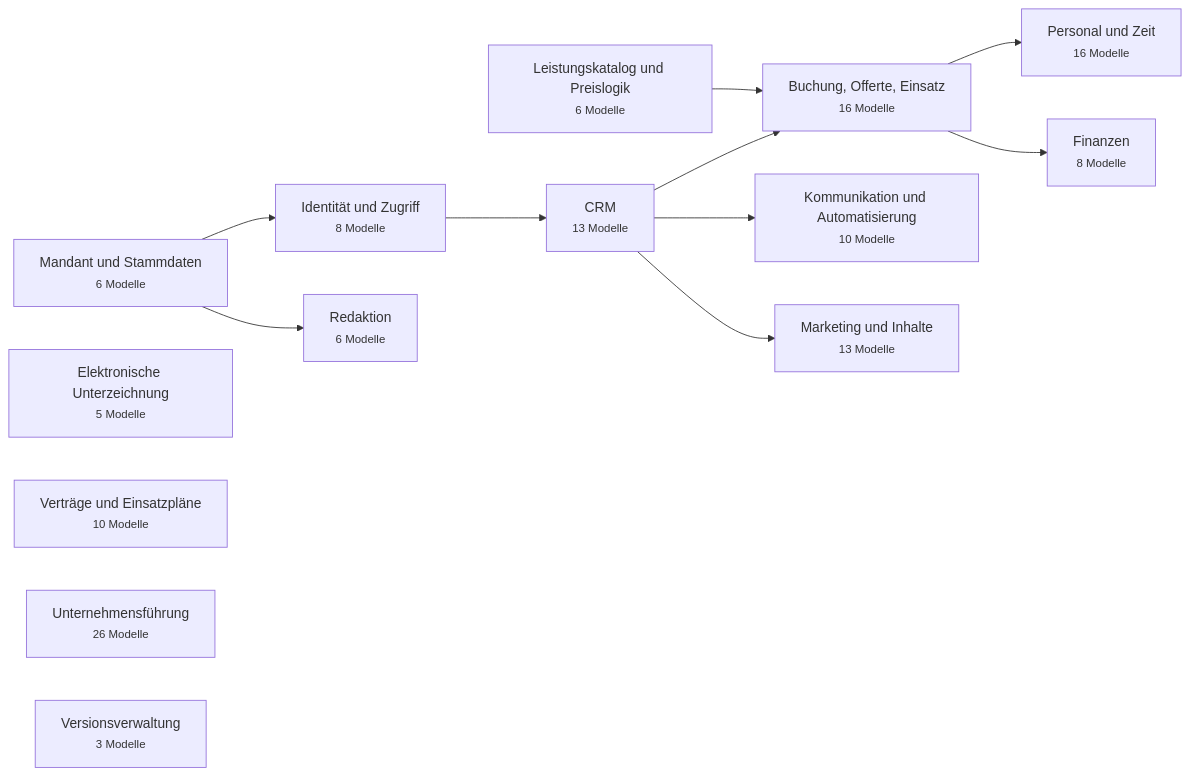
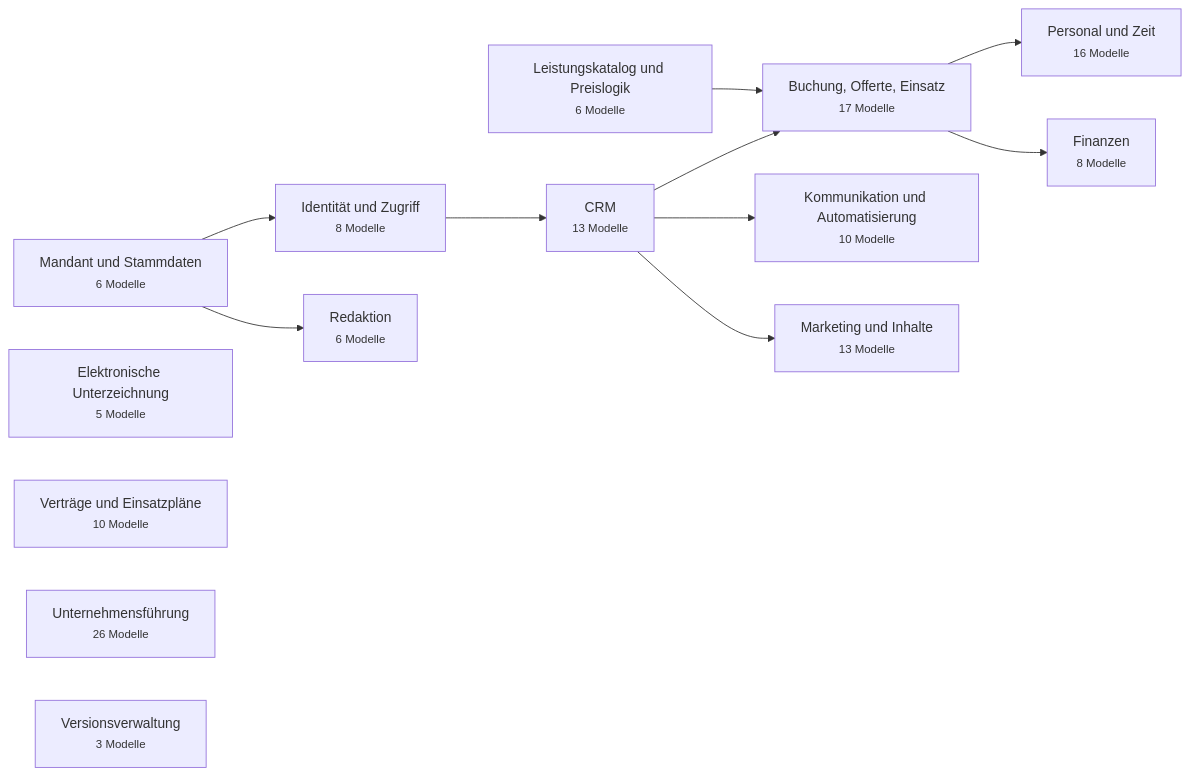
The first of 15 diagrams in docs/DATABASE.md (javadqasemi/Clenaris), drawn with Mermaid before and after one commit. The commit also changed other lines of this file and 19 other files, not shown here.

````diff
--- a/docs/DATABASE.md
+++ b/docs/DATABASE.md
@@ -36,26 +36,26 @@
 ```mermaid
 flowchart LR
   stammdaten["Mandant und Stammdaten<br/><small>6 Modelle</small>"]
   identitaet["Identität und Zugriff<br/><small>8 Modelle</small>"]
   signatur["Elektronische Unterzeichnung<br/><small>5 Modelle</small>"]
   crm["CRM<br/><small>13 Modelle</small>"]
   katalog["Leistungskatalog und Preislogik<br/><small>6 Modelle</small>"]
-  auftrag["Buchung, Offerte, Einsatz<br/><small>16 Modelle</small>"]
+  auftrag["Buchung, Offerte, Einsatz<br/><small>17 Modelle</small>"]
   vertraege["Verträge und Einsatzpläne<br/><small>10 Modelle</small>"]
   personal["Personal und Zeit<br/><small>16 Modelle</small>"]
   finanzen["Finanzen<br/><small>8 Modelle</small>"]
   kommunikation["Kommunikation und Automatisierung<br/><small>10 Modelle</small>"]
   marketing["Marketing und Inhalte<br/><small>13 Modelle</small>"]
   redaktion["Redaktion<br/><small>6 Modelle</small>"]
   fuehrung["Unternehmensführung<br/><small>26 Modelle</small>"]
   versionen["Versionsverwaltung<br/><small>3 Modelle</small>"]
   stammdaten --> identitaet
   identitaet --> crm
   crm --> auftrag
   katalog --> auftrag
   auftrag --> personal
   auftrag --> finanzen
   crm --> kommunikation
   crm --> marketing
   stammdaten --> redaktion
 ```
````
